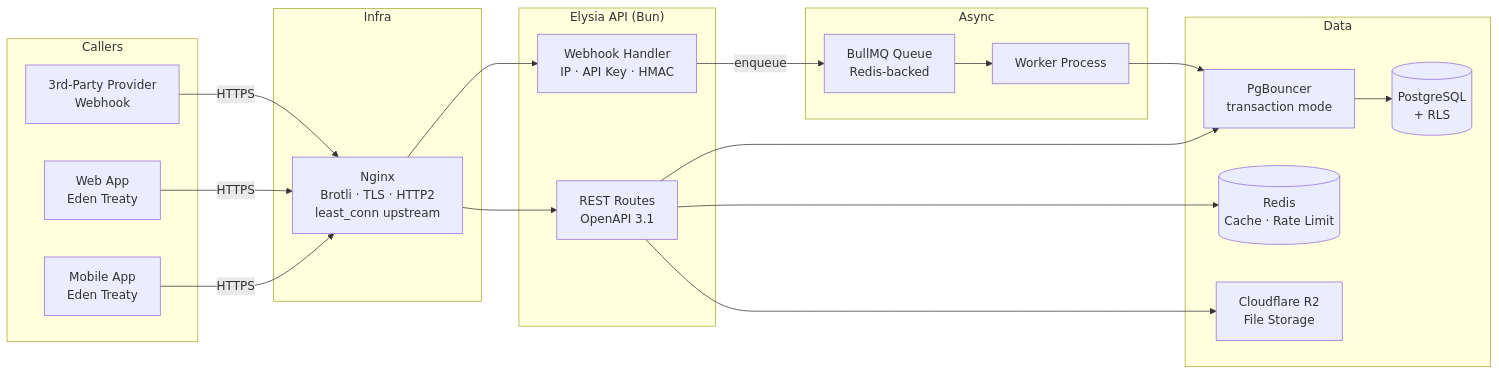
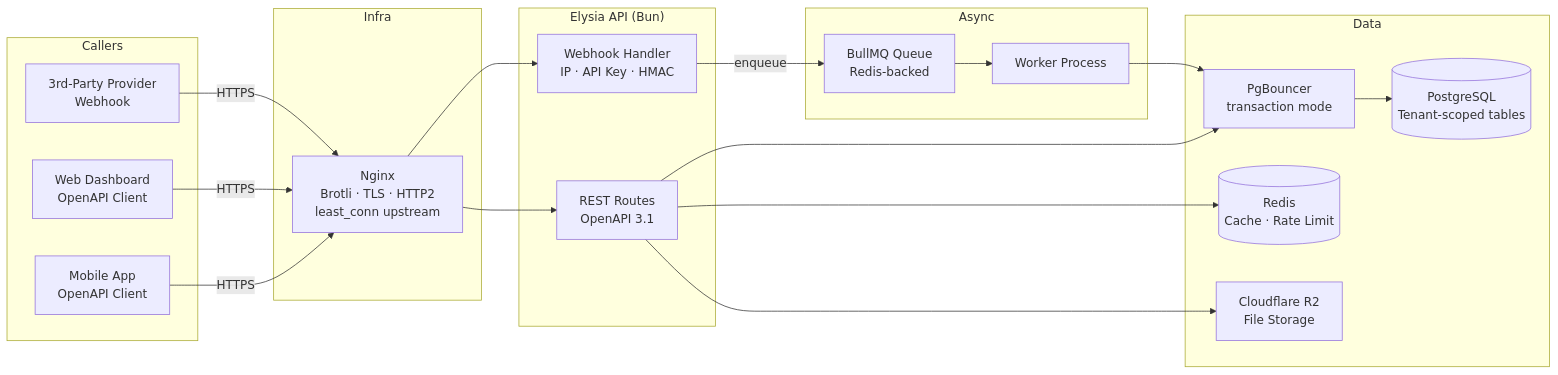
One commit to takin/knowledge-base changed the second of 3 diagrams in raw/engineering/tech-stacks/2026-04-15-infra-docker-compose-nginx-stack.md. Above: the diagram before and after it, drawn with Mermaid. The commit also changed other lines of this file and 50 other files, not shown here.

````diff
--- a/raw/engineering/tech-stacks/2026-04-15-infra-docker-compose-nginx-stack.md
+++ b/raw/engineering/tech-stacks/2026-04-15-infra-docker-compose-nginx-stack.md
@@ -694,36 +817,36 @@
 ```mermaid
 flowchart LR
     subgraph Callers
-        M[Mobile App<br/>Eden Treaty]
-        W[Web App<br/>Eden Treaty]
+        M[Mobile App<br/>OpenAPI Client]
+        W[Web Dashboard<br/>OpenAPI Client]
         P[3rd-Party Provider<br/>Webhook]
     end
 
     subgraph Infra
         N[Nginx<br/>Brotli · TLS · HTTP2<br/>least_conn upstream]
     end
 
     subgraph API["Elysia API (Bun)"]
         R[REST Routes<br/>OpenAPI 3.1]
         WH[Webhook Handler<br/>IP · API Key · HMAC]
     end
 
     subgraph Async
         BQ[BullMQ Queue<br/>Redis-backed]
         WK[Worker Process]
     end
 
     subgraph Data
         PGB[PgBouncer<br/>transaction mode]
-        DB[(PostgreSQL<br/>+ RLS)]
+        DB[(PostgreSQL<br/>Tenant-scoped tables)]
         RC[(Redis<br/>Cache · Rate Limit)]
         S3[Cloudflare R2<br/>File Storage]
     end
 
     M & W -->|HTTPS| N --> R
     P -->|HTTPS| N --> WH
     WH -->|enqueue| BQ --> WK
     R & WK --> PGB --> DB
     R --> RC
     R --> S3
 ```
````
